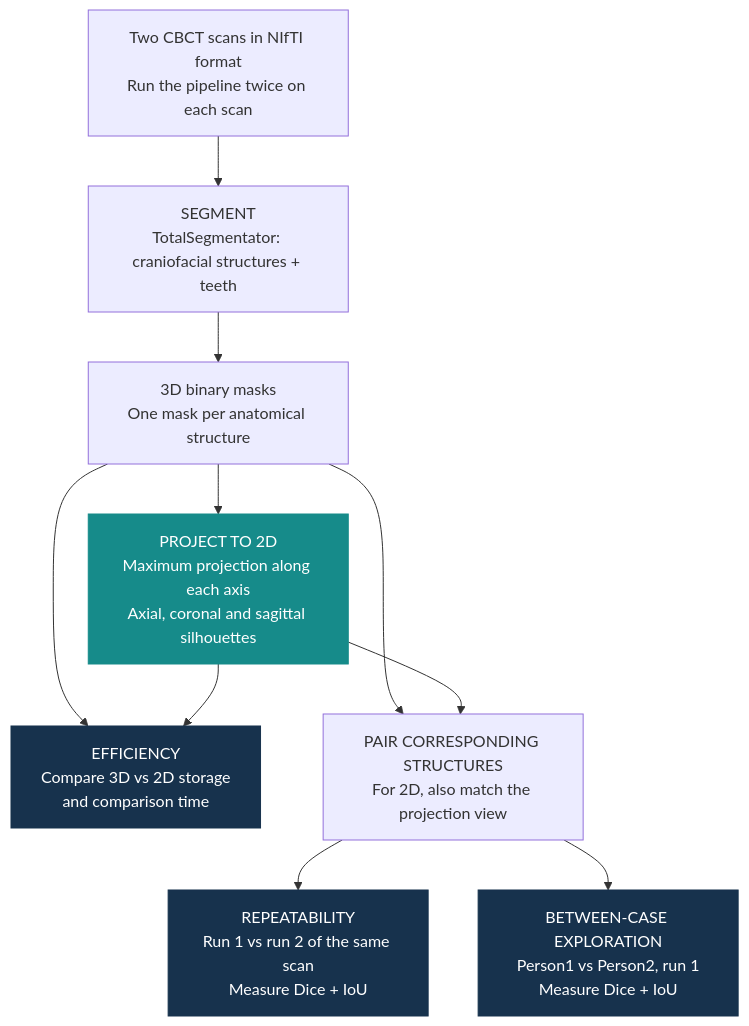
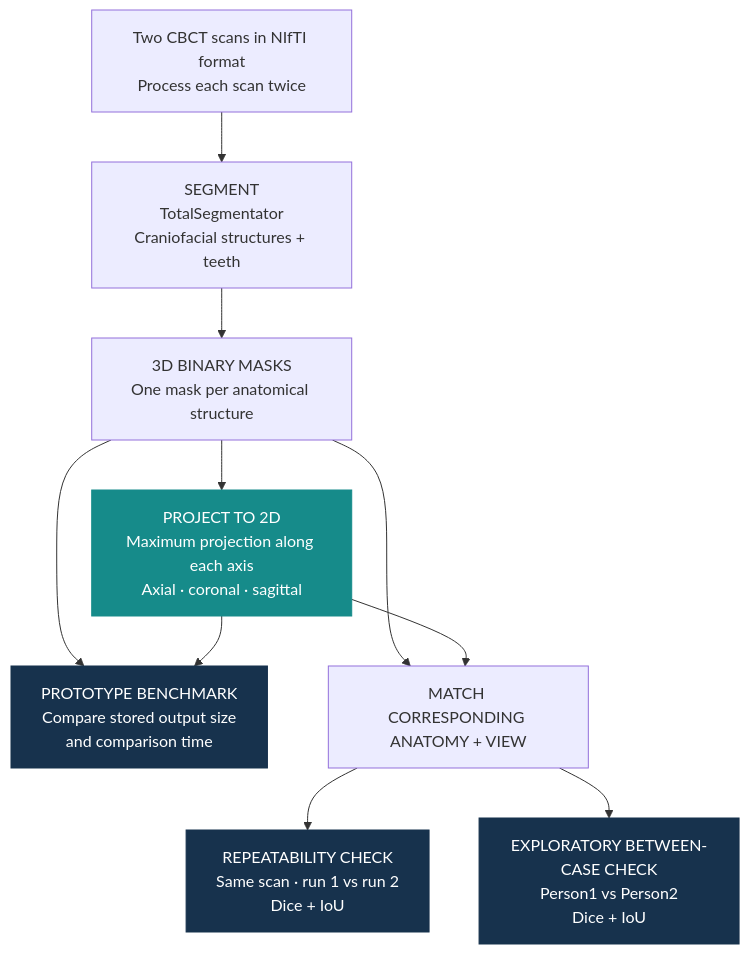
One commit to trungnb/3D-Craniofacial-Pipeline changed the diagram in README.md. Above: the diagram before and after it, drawn with Mermaid.

Commit message:
Refine prototype workflow diagram

````diff
--- a/README.md
+++ b/README.md
@@ -20,16 +20,24 @@
 ```mermaid
 flowchart TD
-    A["Two CBCT scans in NIfTI format<br/>Run the pipeline twice on each scan"] --> B["SEGMENT<br/>TotalSegmentator: craniofacial structures + teeth"]
-    B --> C["3D binary masks<br/>One mask per anatomical structure"]
-    C --> D["PROJECT TO 2D<br/>Maximum projection along each axis<br/>Axial, coronal and sagittal silhouettes"]
-    C --> E["EFFICIENCY<br/>Compare 3D vs 2D storage<br/>and comparison time"]
+    A["Two CBCT scans in NIfTI format<br/>Process each scan twice"] --> B["SEGMENT<br/>TotalSegmentator<br/>Craniofacial structures + teeth"]
+
+    B --> C["3D BINARY MASKS<br/>One mask per anatomical structure"]
+
+    C --> D["PROJECT TO 2D<br/>Maximum projection along each axis<br/>Axial · coronal · sagittal"]
+
+    C --> E["PROTOTYPE BENCHMARK<br/>Compare stored output size<br/>and comparison time"]
     D --> E
-    C --> F["PAIR CORRESPONDING STRUCTURES<br/>For 2D, also match the projection view"]
+
+    C --> F["MATCH CORRESPONDING ANATOMY + VIEW"]
     D --> F
-    F --> G["REPEATABILITY<br/>Run 1 vs run 2 of the same scan<br/>Measure Dice + IoU"]
-    F --> H["BETWEEN-CASE EXPLORATION<br/>Person1 vs Person2, run 1<br/>Measure Dice + IoU"]
-    classDef compact fill:#168B8A,stroke:#168B8A,color:#FFFFFF
+
+    F --> G["REPEATABILITY CHECK<br/>Same scan · run 1 vs run 2<br/>Dice + IoU"]
+
+    F --> H["EXPLORATORY BETWEEN-CASE CHECK<br/>Person1 vs Person2<br/>Dice + IoU"]
+
+    classDef projection fill:#168B8A,stroke:#168B8A,color:#FFFFFF
     classDef result fill:#17324D,stroke:#17324D,color:#FFFFFF
-    class D compact
+
+    class D projection
     class E,G,H result
 ```
````
